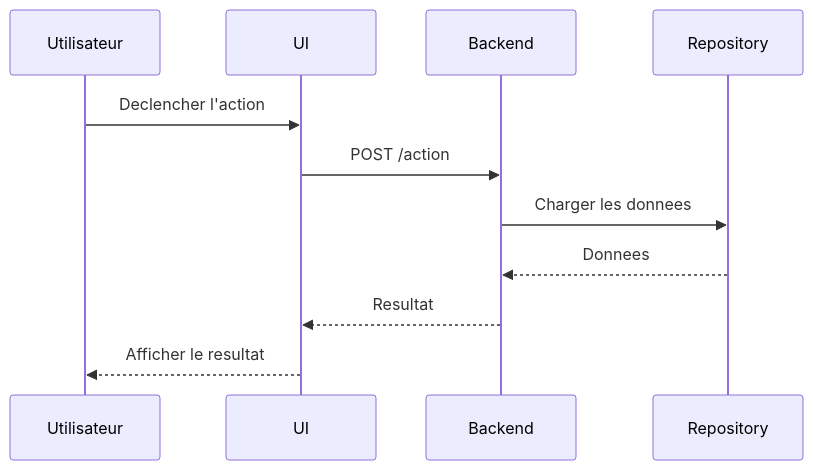
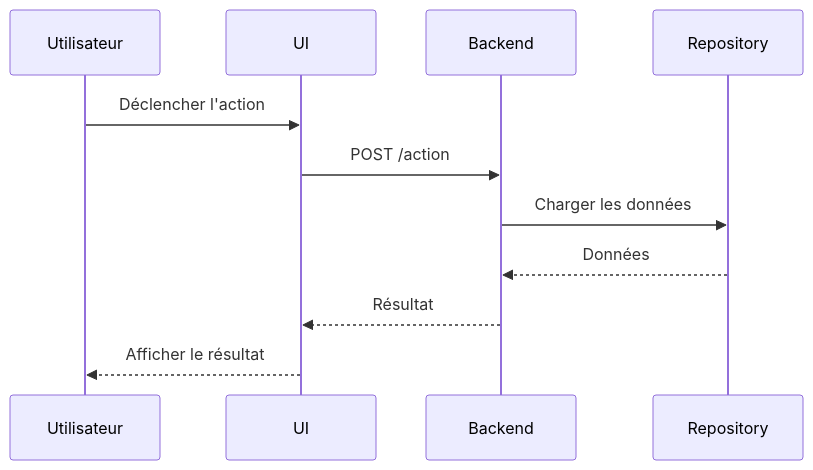
The third of 4 diagrams in skills/story-architecture-diagram/SKILL.md (tomsoulage-dedalus/presc-workflows-tools), drawn with Mermaid before and after one commit. The commit also changed other lines of this file, not shown here.

````diff
--- a/skills/story-architecture-diagram/SKILL.md
+++ b/skills/story-architecture-diagram/SKILL.md
@@ -483,14 +483,14 @@
 ```mermaid
 sequenceDiagram
 participant Utilisateur
 participant UI
 participant Backend
 participant Repository
 
-Utilisateur->>UI: Declencher l'action
+Utilisateur->>UI: Déclencher l'action
 UI->>Backend: POST /action
-Backend->>Repository: Charger les donnees
-Repository-->>Backend: Donnees
-Backend-->>UI: Resultat
-UI-->>Utilisateur: Afficher le resultat
+Backend->>Repository: Charger les données
+Repository-->>Backend: Données
+Backend-->>UI: Résultat
+UI-->>Utilisateur: Afficher le résultat
 ```
````
